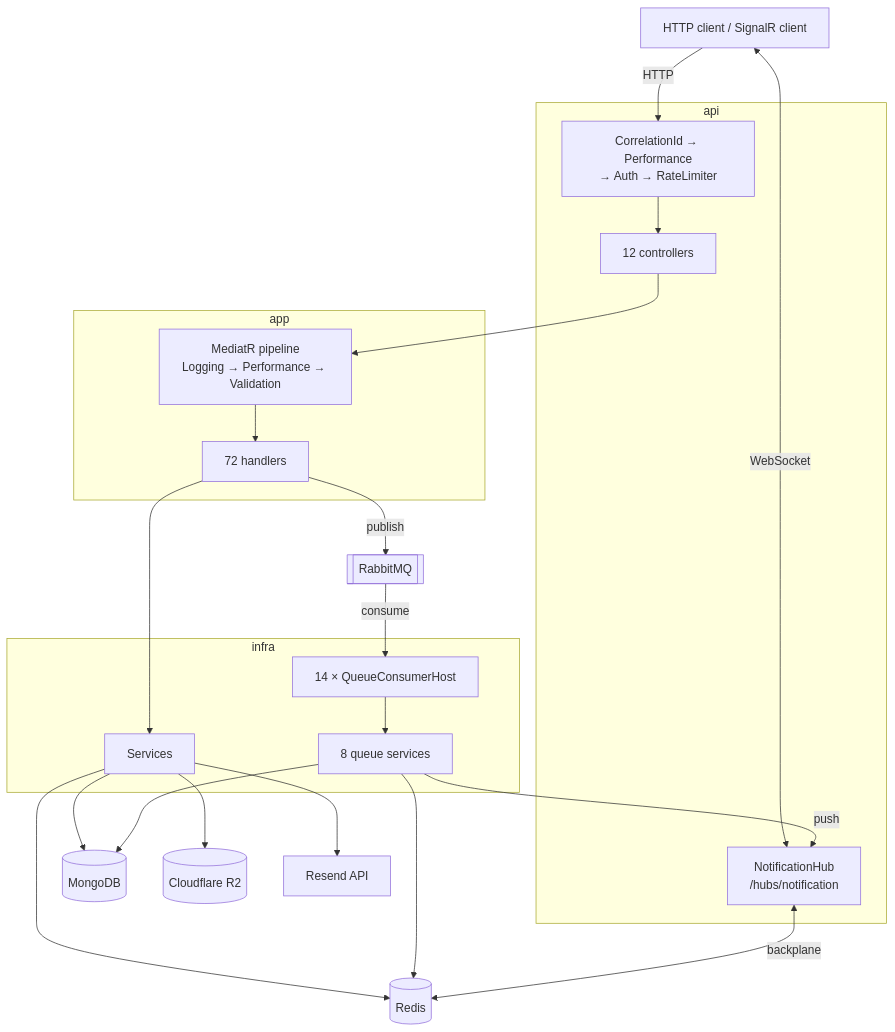
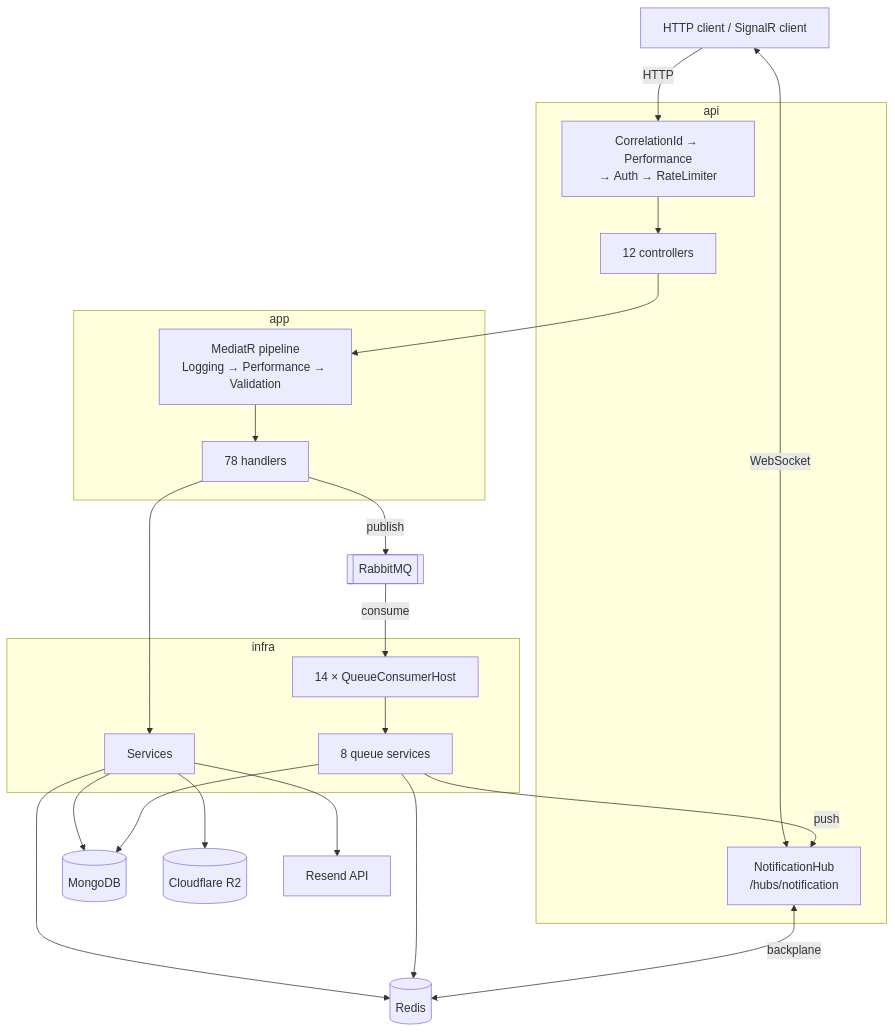
One commit to Datnguynx110605/Bump_Server changed the first of 4 diagrams in doc/system-design.md. Above: the diagram before and after it, drawn with Mermaid. The commit also changed other lines of this file and 35 other files, not shown here.

````diff
--- a/doc/system-design.md
+++ b/doc/system-design.md
@@ -57,41 +57,41 @@
 ```mermaid
 graph TB
     client["HTTP client / SignalR client"]
 
     subgraph apiLayer["api"]
         mw["CorrelationId → Performance<br/>→ Auth → RateLimiter"]
         ctrl["12 controllers"]
         hub["NotificationHub<br/>/hubs/notification"]
     end
 
     subgraph appLayer["app"]
         pipe["MediatR pipeline<br/>Logging → Performance → Validation"]
-        handlers["72 handlers"]
+        handlers["78 handlers"]
     end
 
     subgraph infraLayer["infra"]
         svc["Services"]
         consumers["14 × QueueConsumerHost"]
         qsvc["8 queue services"]
     end
 
     mongo[("MongoDB")]
     redis[("Redis")]
     rabbit[["RabbitMQ"]]
     r2[("Cloudflare R2")]
     resend["Resend API"]
 
     client -->|"HTTP"| mw --> ctrl --> pipe --> handlers
     client <-->|"WebSocket"| hub
     handlers --> svc
     svc --> mongo
     svc --> redis
     svc --> r2
     svc --> resend
     handlers -->|"publish"| rabbit
     rabbit -->|"consume"| consumers --> qsvc
     qsvc --> mongo
     qsvc --> redis
     qsvc -->|"push"| hub
     hub <-->|"backplane"| redis
 ```
````
